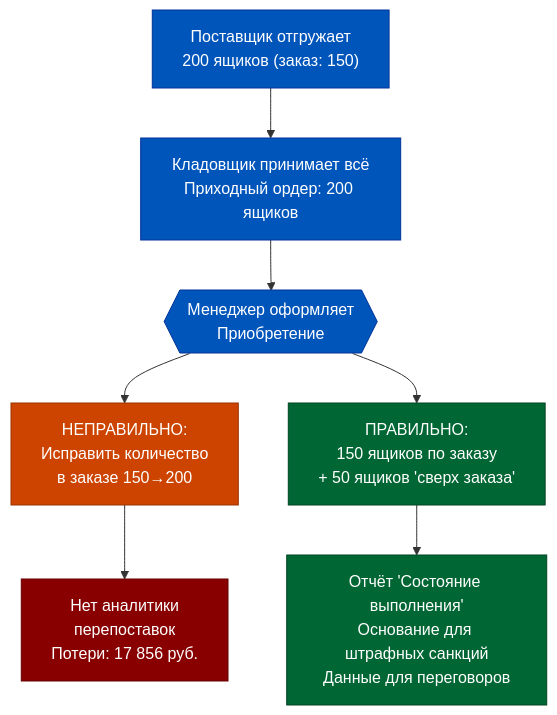
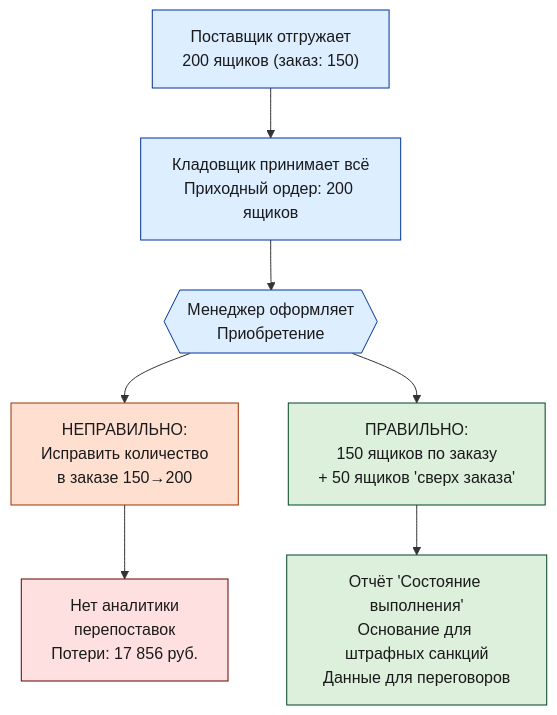
One commit to murad1986/1c-erp-quartz changed the fifth of 6 diagrams in content/1c-erp/week_3/Неделя 3 - День 1 - Закупки.md. Above: the diagram before and after it, drawn with Mermaid. The commit also changed other lines of this file and 57 other files, not shown here.

First line of the commit message:
fix: Mermaid — пастельные цвета в источниках диаграмм (56 файлов)

````diff
--- a/content/1c-erp/week_3/Неделя 3 - День 1 - Закупки.md
+++ b/content/1c-erp/week_3/Неделя 3 - День 1 - Закупки.md
@@ -371,21 +371,21 @@
 ```mermaid
 flowchart TD
     A["Поставщик отгружает<br/>200 ящиков (заказ: 150)"]:::blue
     B["Кладовщик принимает всё<br/>Приходный ордер: 200 ящиков"]:::blue
     C{{"Менеджер оформляет<br/>Приобретение"}}:::blue
 
     D1["НЕПРАВИЛЬНО:<br/>Исправить количество<br/>в заказе 150→200"]:::warn
     D2["ПРАВИЛЬНО:<br/>150 ящиков по заказу<br/>+ 50 ящиков 'сверх заказа'"]:::green
 
     E1["Нет аналитики<br/>перепоставок<br/>Потери: 17 856 руб."]:::red
     E2["Отчёт 'Состояние выполнения'<br/>Основание для штрафных санкций<br/>Данные для переговоров"]:::green
 
     A --> B --> C
     C --> D1 --> E1
     C --> D2 --> E2
 
-    classDef blue fill:#0055BB,color:#fff,stroke:#003399
-    classDef warn fill:#CC4400,color:#fff,stroke:#993300
-    classDef red fill:#880000,color:#fff,stroke:#660000
-    classDef green fill:#006633,color:#fff,stroke:#004422
+    classDef blue fill:#dceeff,color:#1a1a1a,stroke:#003399
+    classDef warn fill:#ffe0d0,color:#1a1a1a,stroke:#993300
+    classDef red fill:#ffe0e0,color:#1a1a1a,stroke:#660000
+    classDef green fill:#dcf0dc,color:#1a1a1a,stroke:#004422
 ```
````
